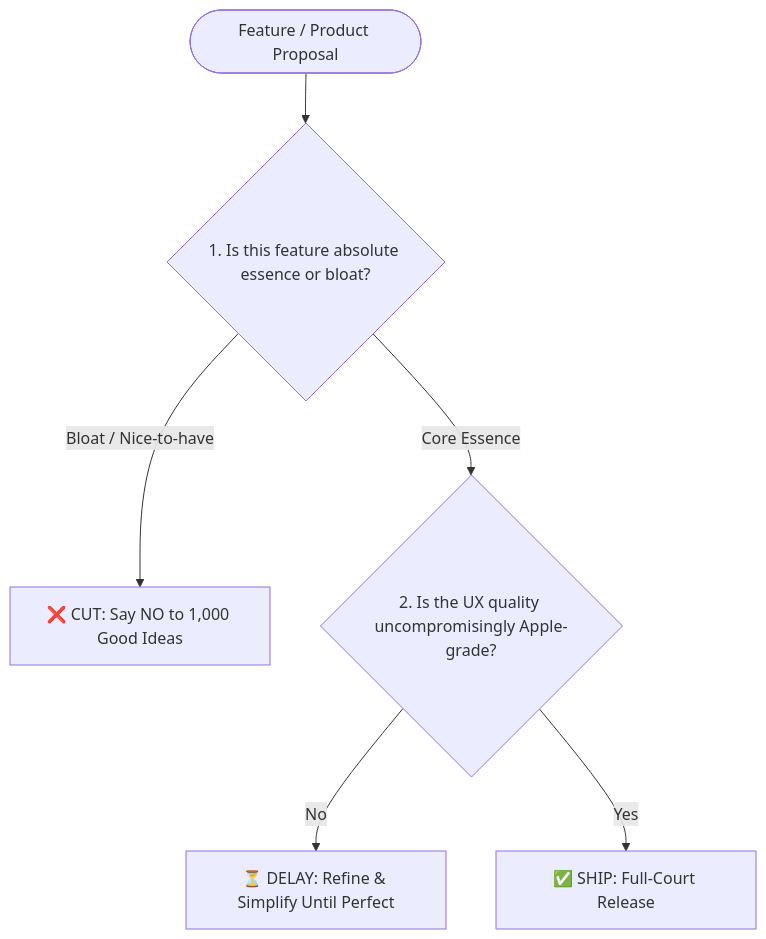
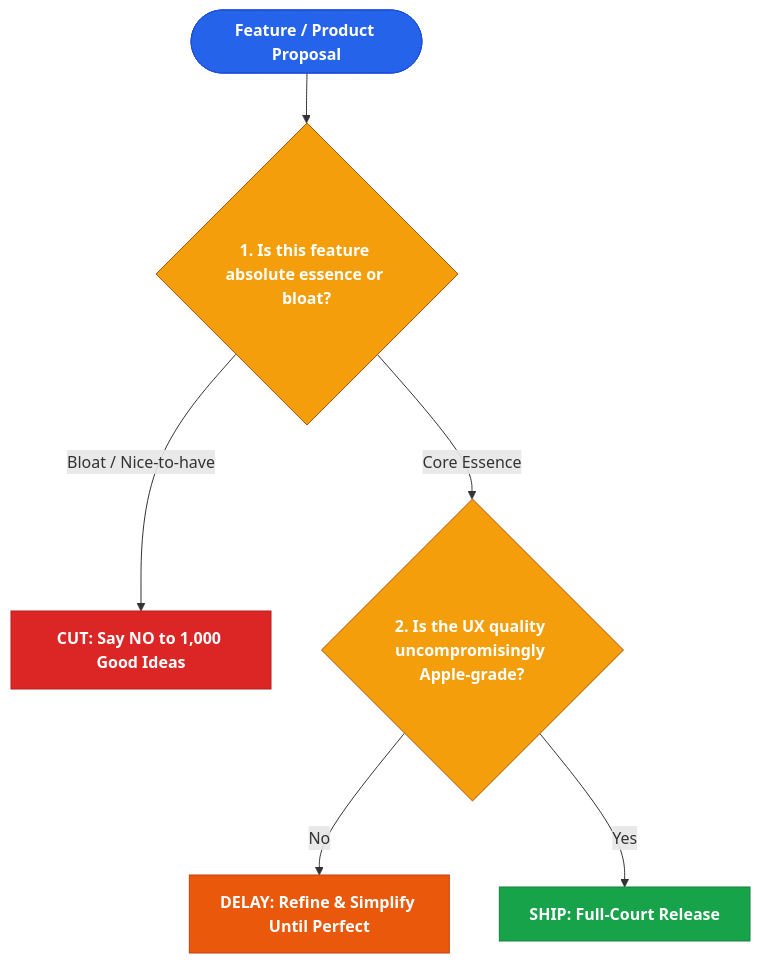
Before and after one commit to DOTfei/borrowed-brain-pro: the diagram in profiles/steve-jobs.md, drawn with Mermaid. The commit also changed 12 other files, not shown here.

````diff
--- a/profiles/steve-jobs.md
+++ b/profiles/steve-jobs.md
@@ -20,10 +20,16 @@
 ```mermaid
 flowchart TD
-    Idea(["Feature / Product Proposal"]) --> Essential{"1. Is this feature absolute essence or bloat?"}
-    
-    Essential -->|Bloat / Nice-to-have| Cut["❌ CUT: Say NO to 1,000 Good Ideas"]
-    Essential -->|Core Essence| Quality{"2. Is the UX quality uncompromisingly Apple-grade?"}
-    
-    Quality -->|No| Delay["⏳ DELAY: Refine & Simplify Until Perfect"]
-    Quality -->|Yes| Ship["✅ SHIP: Full-Court Release"]
+    Start(["Feature / Product Proposal"]):::start --> Q1{"1. Is this feature absolute essence or bloat?"}:::decision
+
+    Q1 -->|Bloat / Nice-to-have| R1["CUT: Say NO to 1,000 Good Ideas"]:::danger
+    Q1 -->|Core Essence| Q2{"2. Is the UX quality uncompromisingly Apple-grade?"}:::decision
+
+    Q2 -->|No| W1["DELAY: Refine & Simplify Until Perfect"]:::warning
+    Q2 -->|Yes| E1["SHIP: Full-Court Release"]:::success
+    classDef start fill:#2563eb,stroke:#1d4ed8,color:#ffffff,font-weight:bold
+    classDef decision fill:#f59e0b,stroke:#b45309,color:#ffffff,font-weight:bold
+    classDef success fill:#16a34a,stroke:#15803d,color:#ffffff,font-weight:bold
+    classDef danger fill:#dc2626,stroke:#b91c1c,color:#ffffff,font-weight:bold
+    classDef warning fill:#ea580c,stroke:#c2410c,color:#ffffff,font-weight:bold
+    classDef action fill:#64748b,stroke:#475569,color:#ffffff,font-weight:bold
 ```
````
